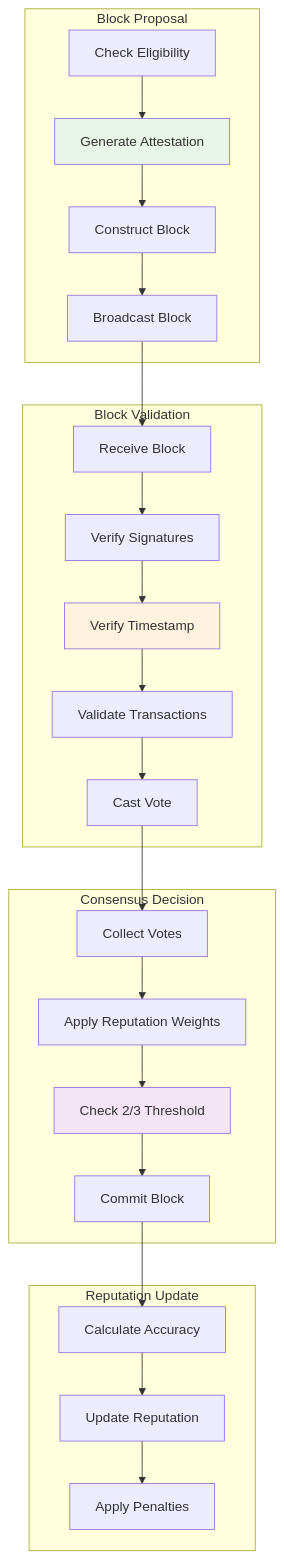
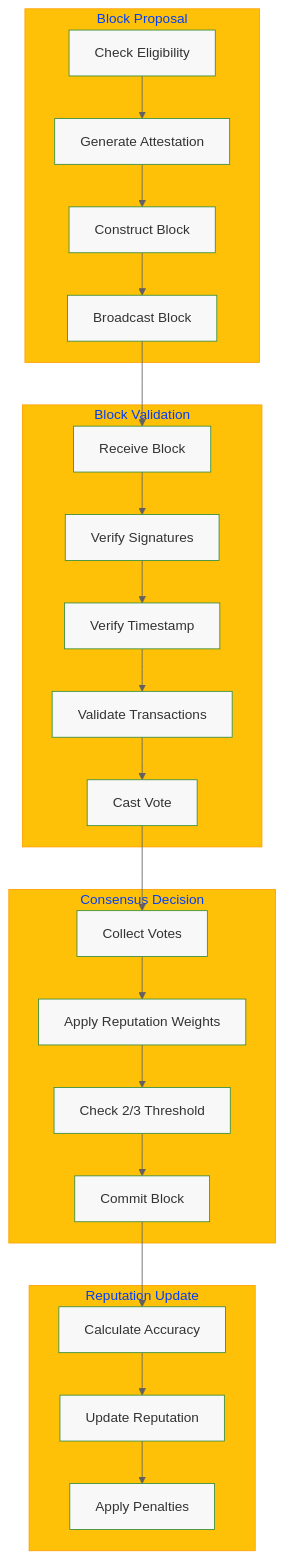
The fourth of 10 diagrams in docs/architecture.md (nshkrdotcom/ChronoLedger), drawn with Mermaid before and after one commit. The commit also changed other lines of this file and 6 other files, not shown here.

````diff
--- a/docs/architecture.md
+++ b/docs/architecture.md
@@ -175,53 +198,60 @@
 ```mermaid
+%%{init: {'theme': 'base', 'themeVariables': {
+    'primaryColor': '#4CAF50',
+    'primaryBorderColor': '#388E3C',
+    'secondaryColor': '#2196F3',
+    'secondaryBorderColor': '#1976D2',
+    'tertiaryColor': '#FFC107',
+    'tertiaryBorderColor': '#FFA000',
+    'lineColor': '#616161',
+    'textColor': '#212121',
+    'mainBkg': '#F8F8F8'
+}}}%%
 graph TD
     subgraph "Block Proposal"
         ELIGIBLE[Check Eligibility]
         ATTEST[Generate Attestation]
         CONSTRUCT[Construct Block]
         BROADCAST[Broadcast Block]
     end
     
     subgraph "Block Validation"
         RECEIVE[Receive Block]
         VERIFY_SIG[Verify Signatures]
         VERIFY_TIME[Verify Timestamp]
         VALIDATE_TX[Validate Transactions]
         VOTE[Cast Vote]
     end
     
     subgraph "Consensus Decision"
         COLLECT[Collect Votes]
         WEIGHT[Apply Reputation Weights]
         THRESHOLD[Check 2/3 Threshold]
         COMMIT[Commit Block]
     end
     
     subgraph "Reputation Update"
         ACCURACY[Calculate Accuracy]
         UPDATE_REP[Update Reputation]
         PENALTIES[Apply Penalties]
     end
     
     ELIGIBLE --> ATTEST
     ATTEST --> CONSTRUCT
     CONSTRUCT --> BROADCAST
     
     BROADCAST --> RECEIVE
     RECEIVE --> VERIFY_SIG
     VERIFY_SIG --> VERIFY_TIME
     VERIFY_TIME --> VALIDATE_TX
     VALIDATE_TX --> VOTE
     
     VOTE --> COLLECT
     COLLECT --> WEIGHT
     WEIGHT --> THRESHOLD
     THRESHOLD --> COMMIT
     
     COMMIT --> ACCURACY
     ACCURACY --> UPDATE_REP
     UPDATE_REP --> PENALTIES
-    
-    style ATTEST fill:#e8f5e8
-    style VERIFY_TIME fill:#fff3e0
-    style THRESHOLD fill:#f3e5f5
 ```
````
